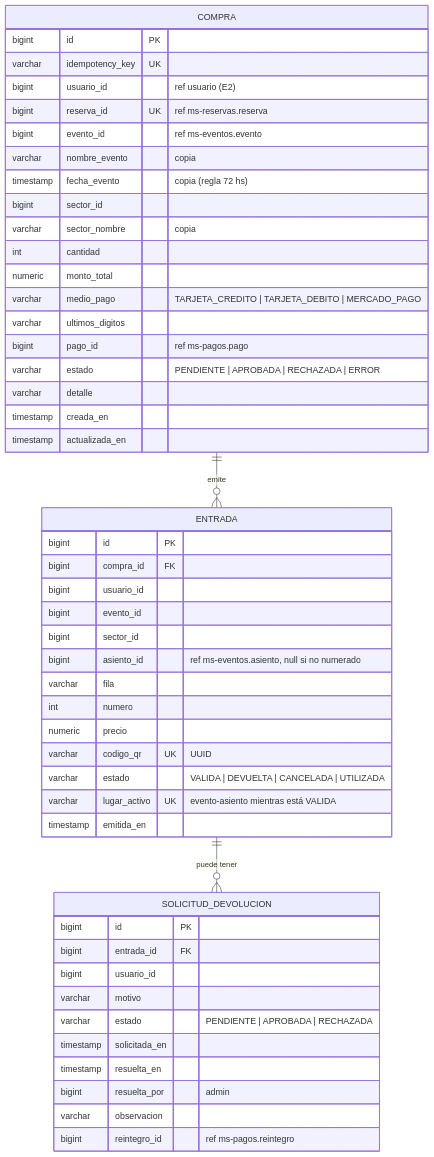
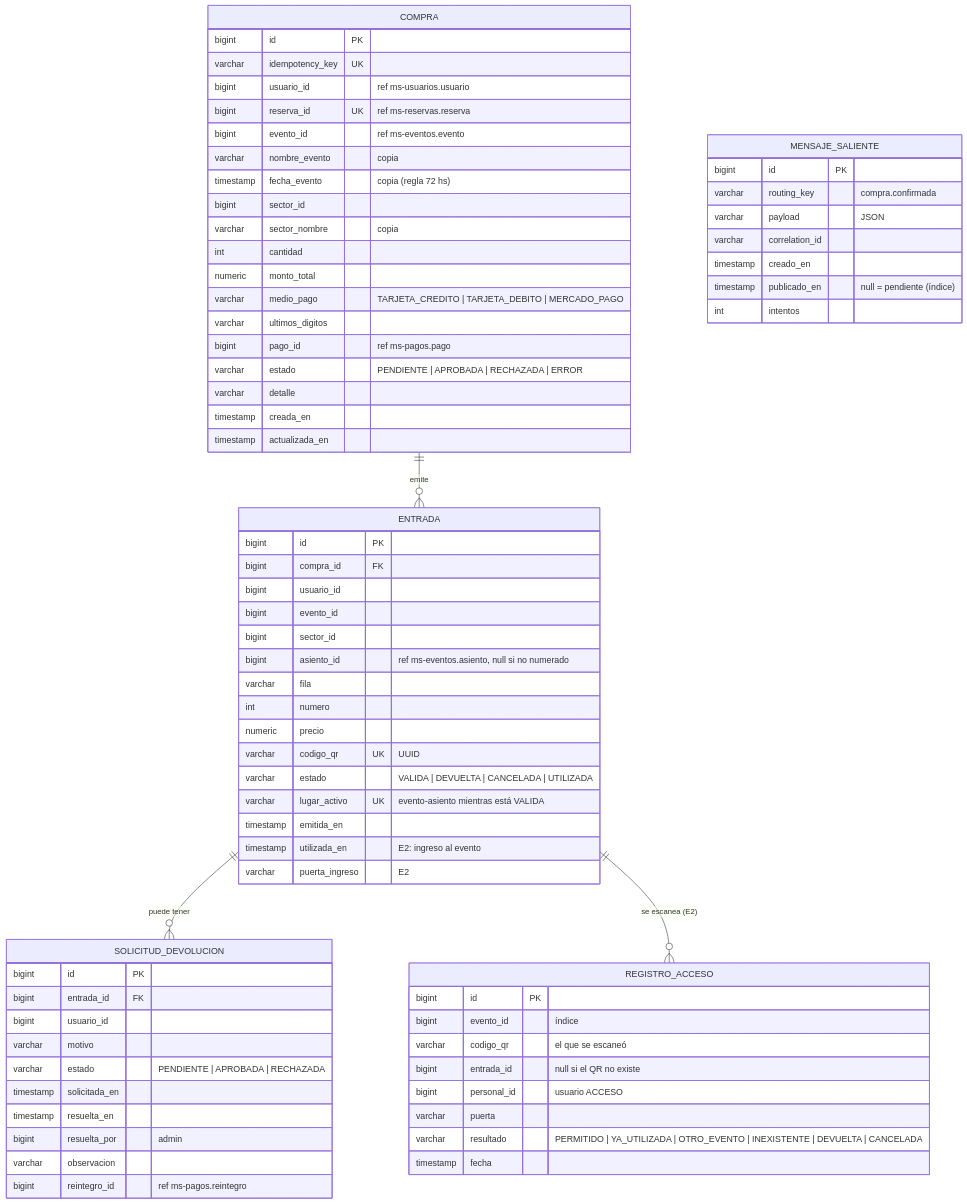
Before and after one commit to parasuco-santi/Arquitectura-Web: the third of 8 diagrams in docs/03-modelo-de-datos.md, drawn with Mermaid. The commit also changed other lines of this file and 6 other files, not shown here.

````diff
--- a/docs/03-modelo-de-datos.md
+++ b/docs/03-modelo-de-datos.md
@@ -151,53 +165,75 @@
 ```mermaid
 erDiagram
     COMPRA ||--o{ ENTRADA : emite
     ENTRADA ||--o{ SOLICITUD_DEVOLUCION : "puede tener"
+    ENTRADA ||--o{ REGISTRO_ACCESO : "se escanea (E2)"
 
     COMPRA {
         bigint id PK
         varchar idempotency_key UK
-        bigint usuario_id "ref usuario (E2)"
+        bigint usuario_id "ref ms-usuarios.usuario"
         bigint reserva_id UK "ref ms-reservas.reserva"
         bigint evento_id "ref ms-eventos.evento"
         varchar nombre_evento "copia"
         timestamp fecha_evento "copia (regla 72 hs)"
         bigint sector_id
         varchar sector_nombre "copia"
         int cantidad
         numeric monto_total
         varchar medio_pago "TARJETA_CREDITO | TARJETA_DEBITO | MERCADO_PAGO"
         varchar ultimos_digitos
         bigint pago_id "ref ms-pagos.pago"
         varchar estado "PENDIENTE | APROBADA | RECHAZADA | ERROR"
         varchar detalle
         timestamp creada_en
         timestamp actualizada_en
     }
     ENTRADA {
         bigint id PK
         bigint compra_id FK
         bigint usuario_id
         bigint evento_id
         bigint sector_id
         bigint asiento_id "ref ms-eventos.asiento, null si no numerado"
         varchar fila
         int numero
         numeric precio
         varchar codigo_qr UK "UUID"
         varchar estado "VALIDA | DEVUELTA | CANCELADA | UTILIZADA"
         varchar lugar_activo UK "evento-asiento mientras está VALIDA"
         timestamp emitida_en
+        timestamp utilizada_en "E2: ingreso al evento"
+        varchar puerta_ingreso "E2"
+    }
+    REGISTRO_ACCESO {
+        bigint id PK
+        bigint evento_id "índice"
+        varchar codigo_qr "el que se escaneó"
+        bigint entrada_id "null si el QR no existe"
+        bigint personal_id "usuario ACCESO"
+        varchar puerta
+        varchar resultado "PERMITIDO | YA_UTILIZADA | OTRO_EVENTO | INEXISTENTE | DEVUELTA | CANCELADA"
+        timestamp fecha
+    }
+    MENSAJE_SALIENTE {
+        bigint id PK
+        varchar routing_key "compra.confirmada"
+        varchar payload "JSON"
+        varchar correlation_id
+        timestamp creado_en
+        timestamp publicado_en "null = pendiente (índice)"
+        int intentos
     }
     SOLICITUD_DEVOLUCION {
         bigint id PK
         bigint entrada_id FK
         bigint usuario_id
         varchar motivo
         varchar estado "PENDIENTE | APROBADA | RECHAZADA"
         timestamp solicitada_en
         timestamp resuelta_en
         bigint resuelta_por "admin"
         varchar observacion
         bigint reintegro_id "ref ms-pagos.reintegro"
     }
 ```
````
